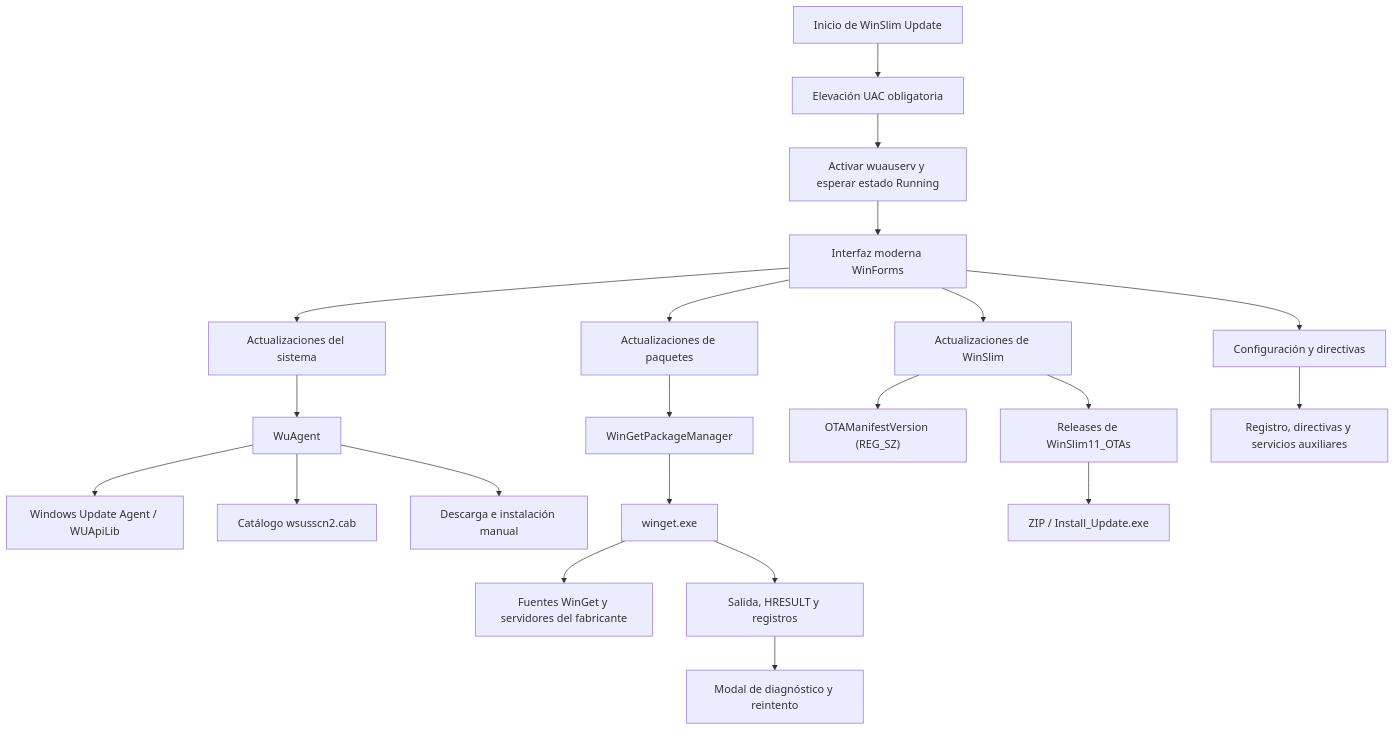
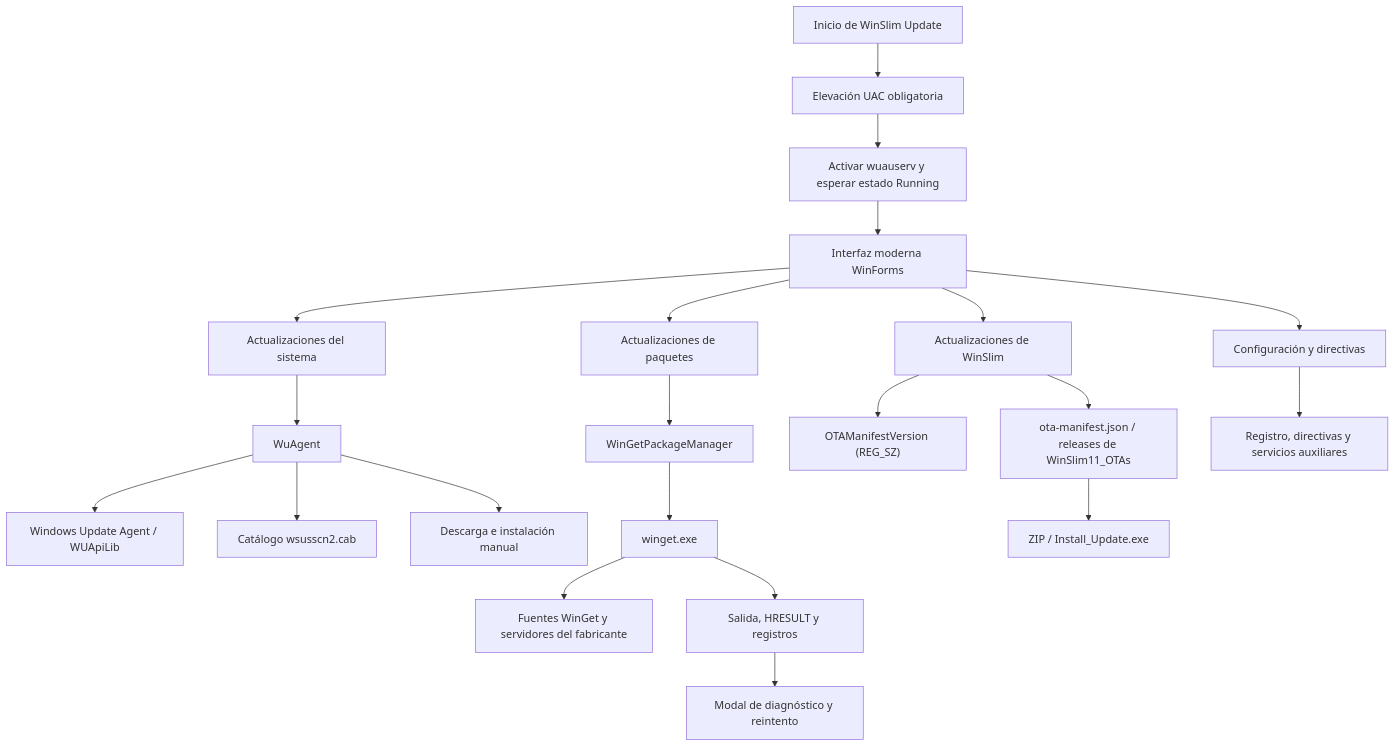
The diagram in README.md (Christianlg97/WinSlim-Update), drawn with Mermaid before and after one commit. The commit also changed other lines of this file and 4 other files, not shown here.

````diff
--- a/README.md
+++ b/README.md
@@ -145,28 +145,28 @@
 ```mermaid
 flowchart TB
     Start["Inicio de WinSlim Update"] --> UAC["Elevación UAC obligatoria"]
     UAC --> Service["Activar wuauserv y esperar estado Running"]
     Service --> UI["Interfaz moderna WinForms"]
 
     UI --> SystemPage["Actualizaciones del sistema"]
     UI --> PackagePage["Actualizaciones de paquetes"]
     UI --> OtaPage["Actualizaciones de WinSlim"]
     UI --> Settings["Configuración y directivas"]
 
     SystemPage --> Agent["WuAgent"]
     Agent --> WUA["Windows Update Agent / WUApiLib"]
     Agent --> Offline["Catálogo wsusscn2.cab"]
     Agent --> Manual["Descarga e instalación manual"]
 
     PackagePage --> PackageManager["WinGetPackageManager"]
     PackageManager --> WinGet["winget.exe"]
     WinGet --> Sources["Fuentes WinGet y servidores del fabricante"]
     WinGet --> Diagnostics["Salida, HRESULT y registros"]
     Diagnostics --> ErrorModal["Modal de diagnóstico y reintento"]
 
     OtaPage --> Registry["OTAManifestVersion (REG_SZ)"]
-    OtaPage --> GitHub["Releases de WinSlim11_OTAs"]
+    OtaPage --> GitHub["ota-manifest.json / releases de WinSlim11_OTAs"]
     GitHub --> OtaInstaller["ZIP / Install_Update.exe"]
 
     Settings --> GPO["Registro, directivas y servicios auxiliares"]
 ```
````
